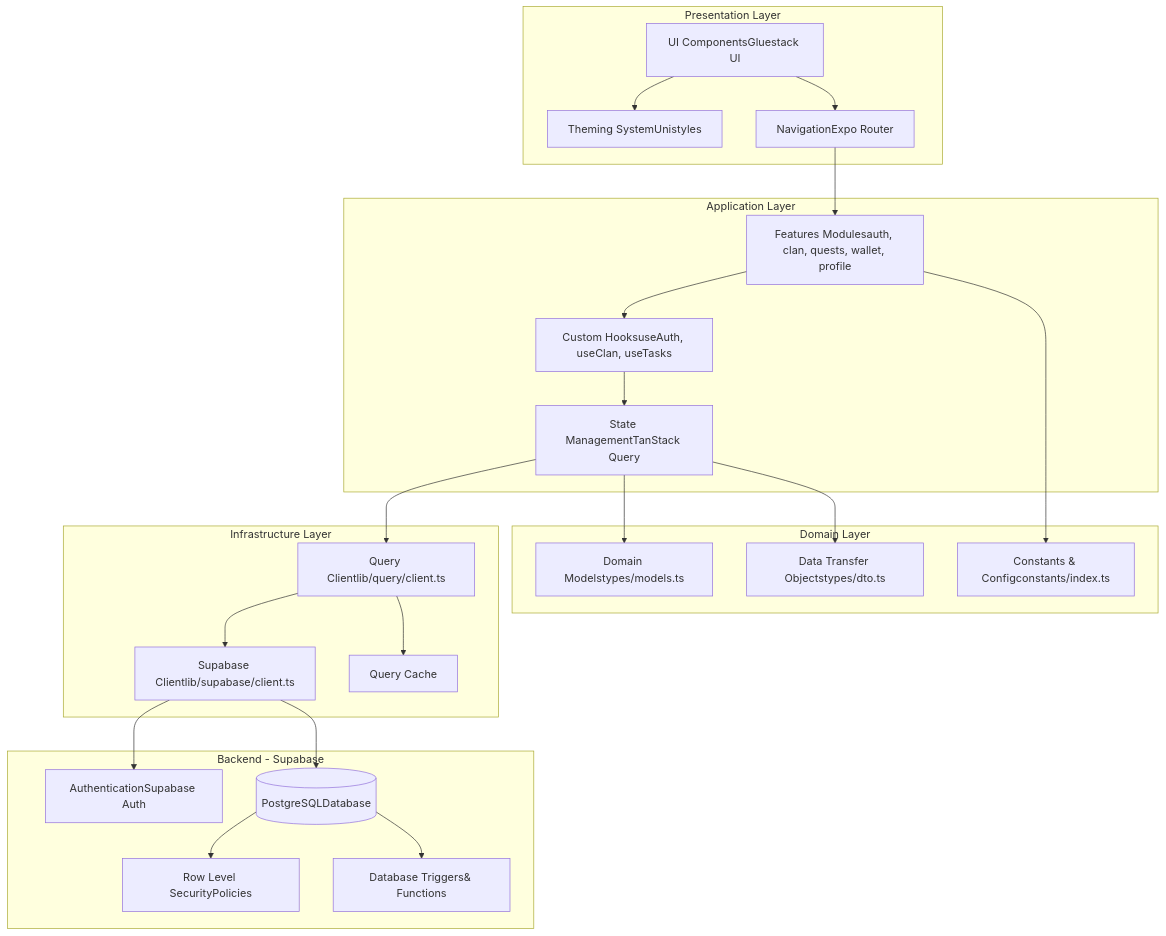
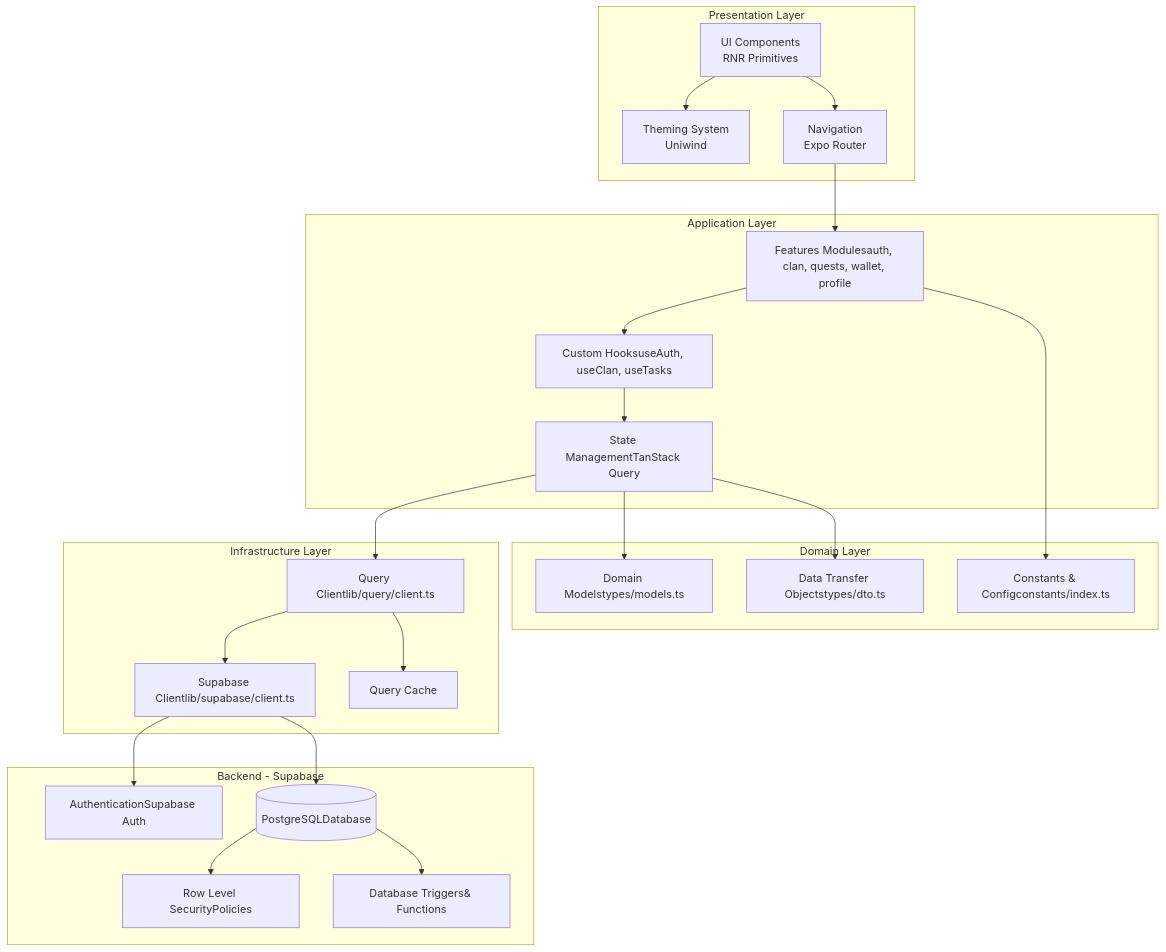
The third of 5 diagrams in docs/architecture/DIAGRAMAS.md (jesusrdev/clan-finance), drawn with Mermaid before and after one commit. The commit also changed 10 other files, not shown here.

Commit message:
refactor: migrate styling and ui components from unistyles and gluestack ui to uniwind and rn primitives, and update documentation to version 1.1

````diff
--- a/docs/architecture/DIAGRAMAS.md
+++ b/docs/architecture/DIAGRAMAS.md
@@ -199,49 +199,49 @@
 ```mermaid
 graph TB
     subgraph "Presentation Layer"
-        UI[UI ComponentsGluestack UI]
-        Themes[Theming SystemUnistyles]
-        Router[NavigationExpo Router]
+        UI[UI Components <br/> RNR Primitives]
+        Themes[Theming System <br/> Uniwind]
+        Router[Navigation <br/> Expo Router]
     end
 
     subgraph "Application Layer"
         Features[Features Modulesauth, clan, quests, wallet, profile]
         Hooks[Custom HooksuseAuth, useClan, useTasks]
         State[State ManagementTanStack Query]
     end
 
     subgraph "Domain Layer"
         Models[Domain Modelstypes/models.ts]
         DTOs[Data Transfer Objectstypes/dto.ts]
         Constants[Constants & Configconstants/index.ts]
     end
 
     subgraph "Infrastructure Layer"
         SupabaseClient[Supabase Clientlib/supabase/client.ts]
         QueryClient[Query Clientlib/query/client.ts]
         Cache[Query Cache]
     end
 
     subgraph "Backend - Supabase"
         Auth[AuthenticationSupabase Auth]
         DB[(PostgreSQLDatabase)]
         RLS[Row Level SecurityPolicies]
         Triggers[Database Triggers& Functions]
     end
 
     UI --> Router
     UI --> Themes
     Router --> Features
     Features --> Hooks
     Hooks --> State
     State --> Models
     State --> DTOs
     Features --> Constants
     State --> QueryClient
     QueryClient --> Cache
     QueryClient --> SupabaseClient
     SupabaseClient --> Auth
     SupabaseClient --> DB
     DB --> RLS
     DB --> Triggers
 ```
````
